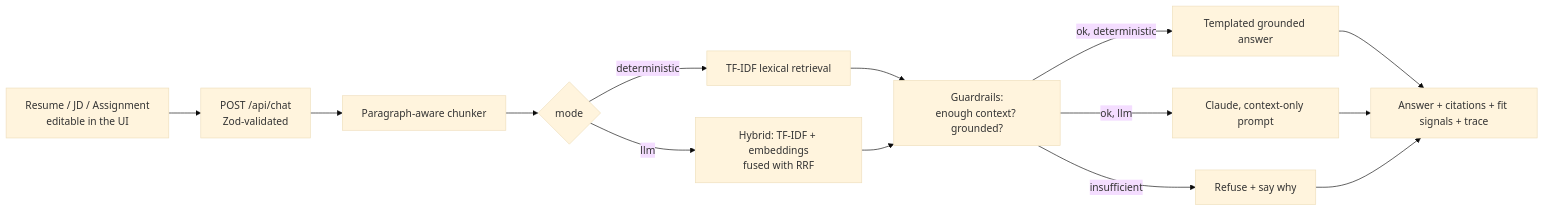
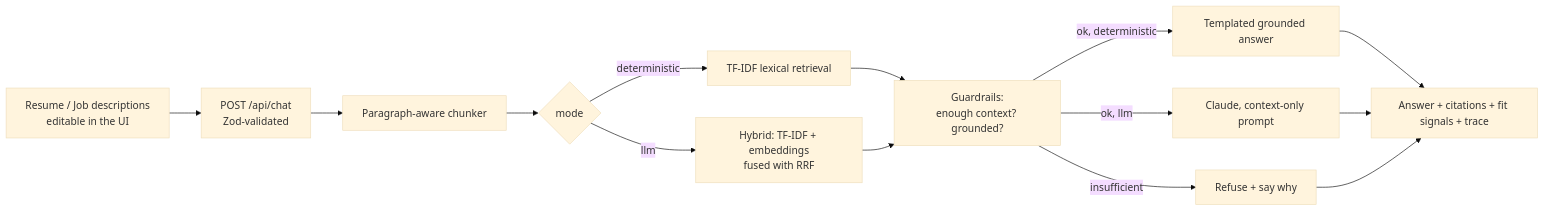
Before and after one commit to muhammadnoumandev4/career-intelligence-assistant: the diagram in README.md, drawn with Mermaid (base theme). The commit also changed other lines of this file, not shown here.

Commit message:
docs: align README with the resume vs job-descriptions scope

````diff
--- a/README.md
+++ b/README.md
@@ -47,16 +47,16 @@
 ```mermaid
 flowchart LR
-  A[Resume / JD / Assignment<br/>editable in the UI] --> B[POST /api/chat<br/>Zod-validated]
+  A[Resume / Job descriptions<br/>editable in the UI] --> B[POST /api/chat<br/>Zod-validated]
   B --> C[Paragraph-aware chunker]
   C --> D{mode}
   D -->|deterministic| E[TF-IDF lexical retrieval]
   D -->|llm| F[Hybrid: TF-IDF + embeddings<br/>fused with RRF]
   E --> G[Guardrails:<br/>enough context? grounded?]
   F --> G
   G -->|insufficient| R[Refuse + say why]
   G -->|ok, deterministic| T[Templated grounded answer]
   G -->|ok, llm| L[Claude, context-only prompt]
   T --> H[Answer + citations + fit signals + trace]
   L --> H
   R --> H
 ```
````
